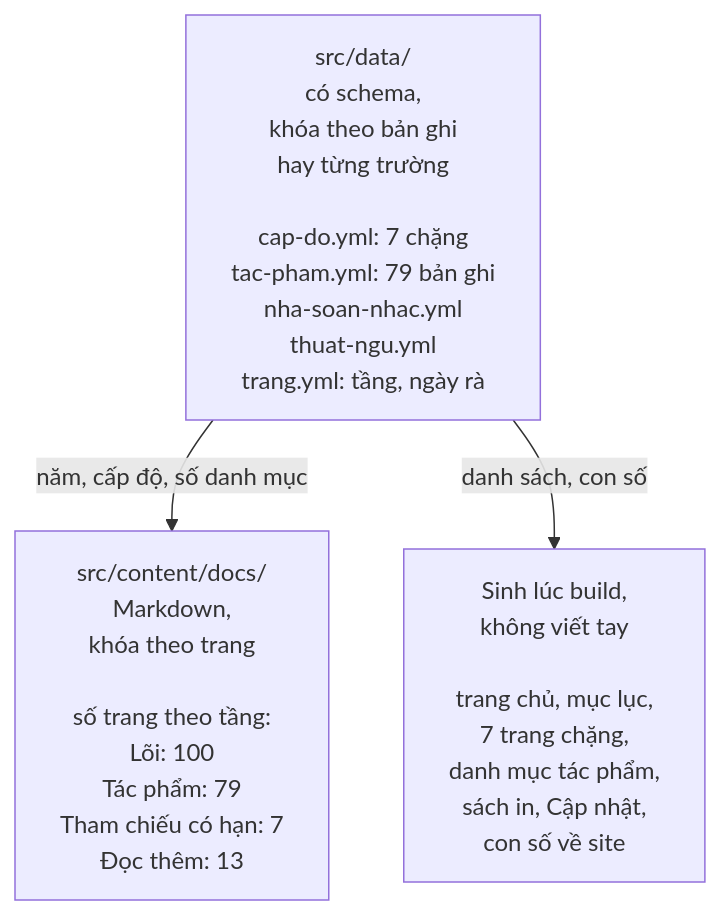
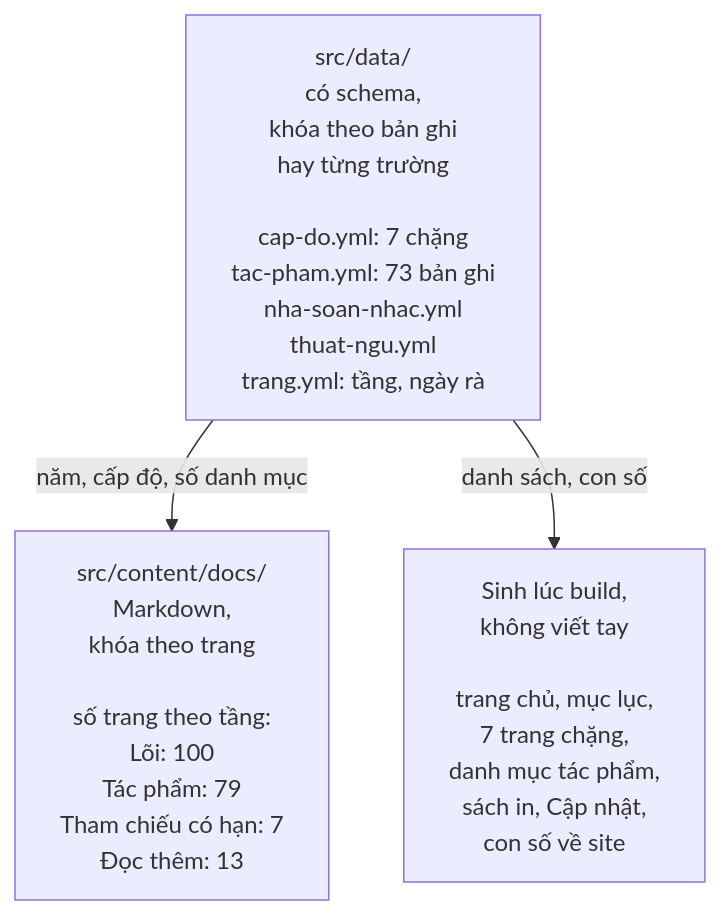
The fourth of 6 diagrams in plans/lam-lai/so-do.md (mtuann/opus), drawn with Mermaid before and after one commit. The commit also changed 6 other files, not shown here.

Commit message:
D1.6: thêm phép thử phạm vi và khóa (khóa thu hẹp, khóa rời, chạy qua liên kết), mo đọc hồ sơ trước khi gỡ khóa, 73 bản ghi

````diff
--- a/plans/lam-lai/so-do.md
+++ b/plans/lam-lai/so-do.md
@@ -54,8 +54,8 @@
 ```mermaid
 flowchart TB
-  DATA["src/data/<br/>có schema,<br/>khóa theo bản ghi<br/>hay từng trường<br/><br/>cap-do.yml: 7 chặng<br/>tac-pham.yml: 79 bản ghi<br/>nha-soan-nhac.yml<br/>thuat-ngu.yml<br/>trang.yml: tầng, ngày rà"]
+  DATA["src/data/<br/>có schema,<br/>khóa theo bản ghi<br/>hay từng trường<br/><br/>cap-do.yml: 7 chặng<br/>tac-pham.yml: 73 bản ghi<br/>nha-soan-nhac.yml<br/>thuat-ngu.yml<br/>trang.yml: tầng, ngày rà"]
   PAGES["src/content/docs/<br/>Markdown,<br/>khóa theo trang<br/><br/>số trang theo tầng:<br/>Lõi: 100<br/>Tác phẩm: 79<br/>Tham chiếu có hạn: 7<br/>Đọc thêm: 13"]
   GEN["Sinh lúc build,<br/>không viết tay<br/><br/>trang chủ, mục lục,<br/>7 trang chặng,<br/>danh mục tác phẩm,<br/>sách in, Cập nhật,<br/>con số về site"]
   DATA -->|năm, cấp độ, số danh mục| PAGES
   DATA -->|danh sách, con số| GEN
 ```
````
